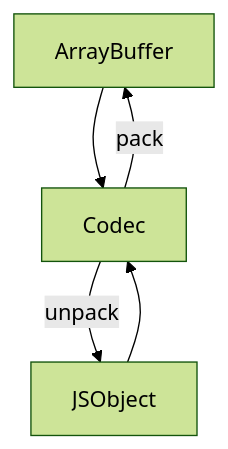
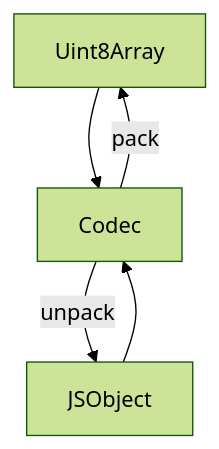
The diagram in packages/codec/README.md (ckb-js/lumos), drawn with Mermaid (forest theme) before and after one commit. The commit also changed other lines of this file and 20 other files, not shown here.

Commit message:
refactor(codec): change bytes from ArrayBuffer to Uint8Array

````diff
--- a/packages/codec/README.md
+++ b/packages/codec/README.md
@@ -5,7 +5,7 @@
 ```mermaid
 graph TD;
-    ArrayBuffer-->Codec;
+    Uint8Array-->Codec;
     Codec-->|unpack|JSObject;
     JSObject-->Codec;
-    Codec-->|pack|ArrayBuffer
+    Codec-->|pack|Uint8Array
 ```
````
